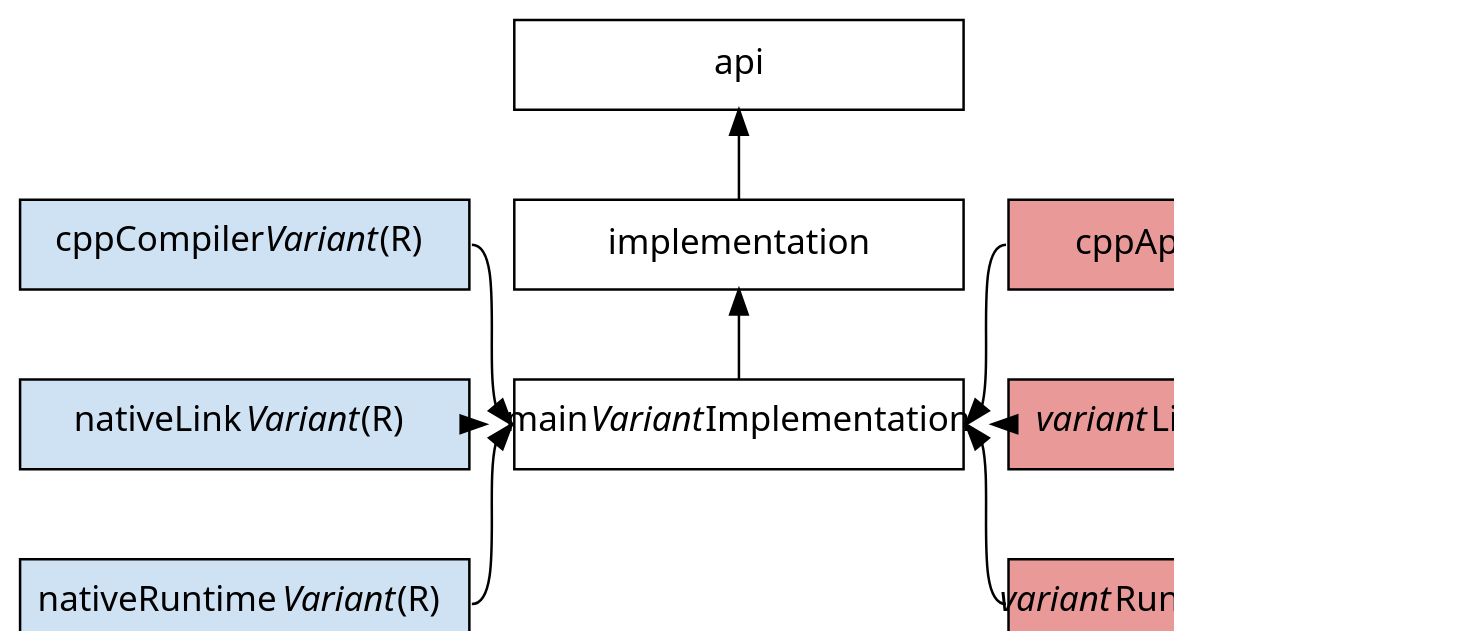
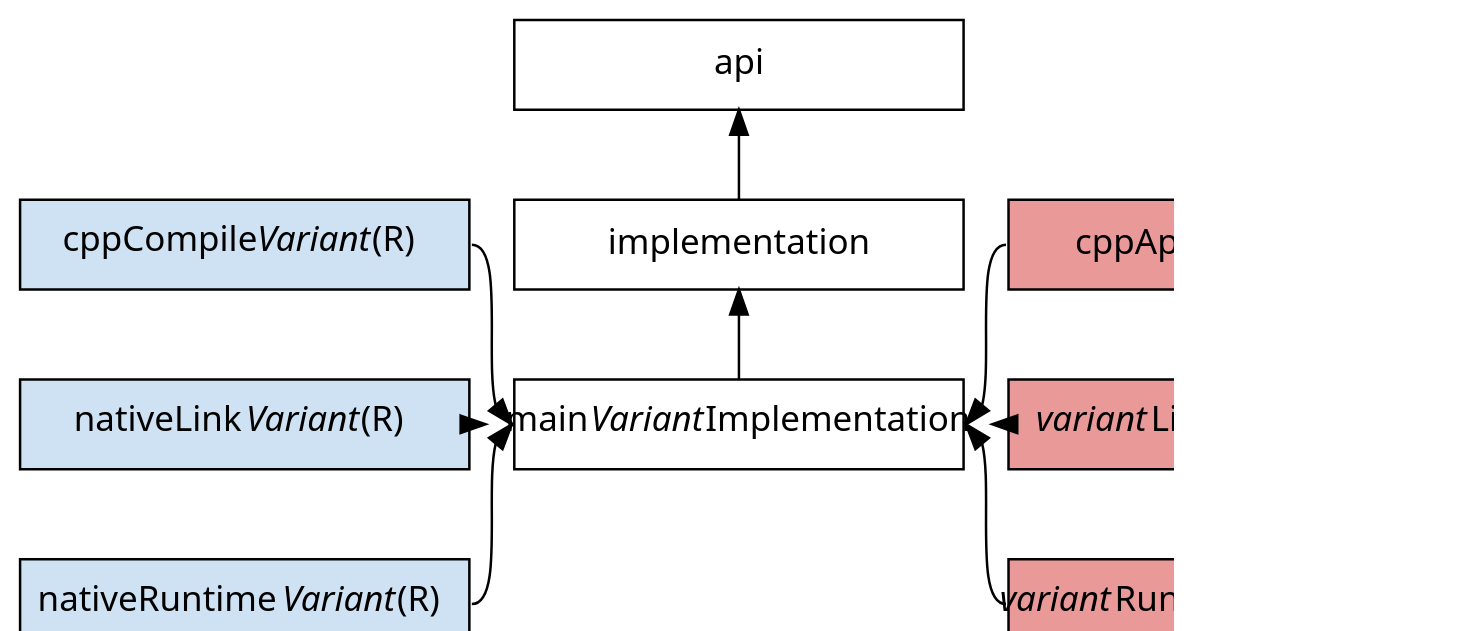
Before and after one commit to gradle/gradle: the diagram in subprojects/docs/src/docs/userguide/img/cpp-library-configurations.dot, drawn with Graphviz. The commit also changed 7 other files, not shown here.

```diff
--- a/subprojects/docs/src/docs/userguide/img/cpp-library-configurations.dot
+++ b/subprojects/docs/src/docs/userguide/img/cpp-library-configurations.dot
@@ -1,55 +1,55 @@
 // Copyright 2018 the original author or authors.
 //
 // Licensed under the Apache License, Version 2.0 (the "License");
 // you may not use this file except in compliance with the License.
 // You may obtain a copy of the License at
 //
 //      http://www.apache.org/licenses/LICENSE-2.0
 //
 // Unless required by applicable law or agreed to in writing, software
 // distributed under the License is distributed on an "AS IS" BASIS,
 // WITHOUT WARRANTIES OR CONDITIONS OF ANY KIND, either express or implied.
 // See the License for the specific language governing permissions and
 // limitations under the License.
 
 // dot -Tpng subprojects/docs/src/docs/userguide/img/cpp-library-configurations.dot > subprojects/docs/src/docs/userguide/img/cpp-library-configurations.png
 digraph cppLibraryConfigurations {
   graph [ dpi = 100, fontname="Sans"];
   node [fontname = "Sans"];
   edge [fontname = "Sans"];
   node [shape=rectangle, fixedsize=true, width=2.5, height=0.5];
 
   subgraph central {
     node[style=filled, fillcolor=white]
     api -> implementation -> mainVariantImplementation [style=invis, weight=1000]
     mainVariantImplementation -> implementation -> api [headport=s, tailport=n]
 
     mainVariantImplementation[label=<main<i>Variant</i>Implementation>]
   }
 
   subgraph left {
     node[style=filled, fillcolor="#cfe2f3"]
-    cppCompilerVariant -> nativeLinkVariant -> nativeRuntimeVariant [style=invis, weight=1000]
+    cppCompileVariant -> nativeLinkVariant -> nativeRuntimeVariant [style=invis, weight=1000]
 
-    cppCompilerVariant[label=<cppCompiler<i>Variant</i> (R)>]
+    cppCompileVariant[label=<cppCompile<i>Variant</i> (R)>]
     nativeLinkVariant[label=<nativeLink<i>Variant</i> (R)>]
     nativeRuntimeVariant[label=<nativeRuntime<i>Variant</i> (R)>]
   }
 
   subgraph right {
     node[style=filled, fillcolor="#ea9999"]
     cppApiElements -> variantLinkElements -> variantRuntimeElements [style=invis, weight=1000]
 
     cppApiElements[label="cppApiElements (C)"]
     variantLinkElements[label=<<i>variant</i>LinkElements (C)>]
     variantRuntimeElements[label=<<i>variant</i>RuntimeElements (C)>]
   }
 
   // Ensure the order is preserved
-  {rank=same cppCompilerVariant implementation cppApiElements}
+  {rank=same cppCompileVariant implementation cppApiElements}
   {rank=same variantLinkElements mainVariantImplementation nativeLinkVariant}
   nativeLinkVariant -> mainVariantImplementation -> variantLinkElements [style=invis]
 
-  {cppCompilerVariant, nativeLinkVariant, nativeRuntimeVariant} -> mainVariantImplementation [headport=w, tailport=e]
+  {cppCompileVariant, nativeLinkVariant, nativeRuntimeVariant} -> mainVariantImplementation [headport=w, tailport=e]
   {cppApiElements, variantLinkElements, variantRuntimeElements} -> mainVariantImplementation [headport=e, tailport=w]
 }
```
